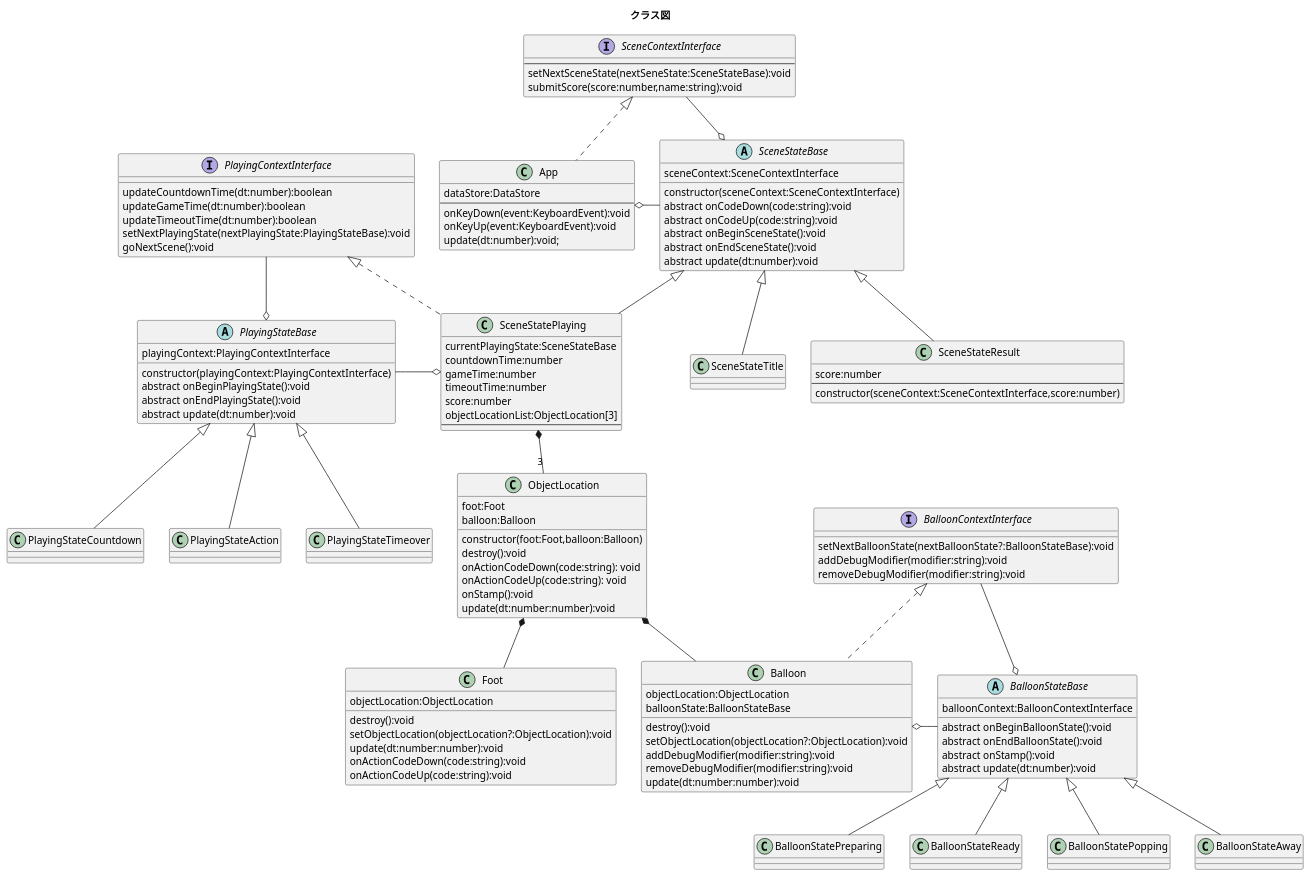
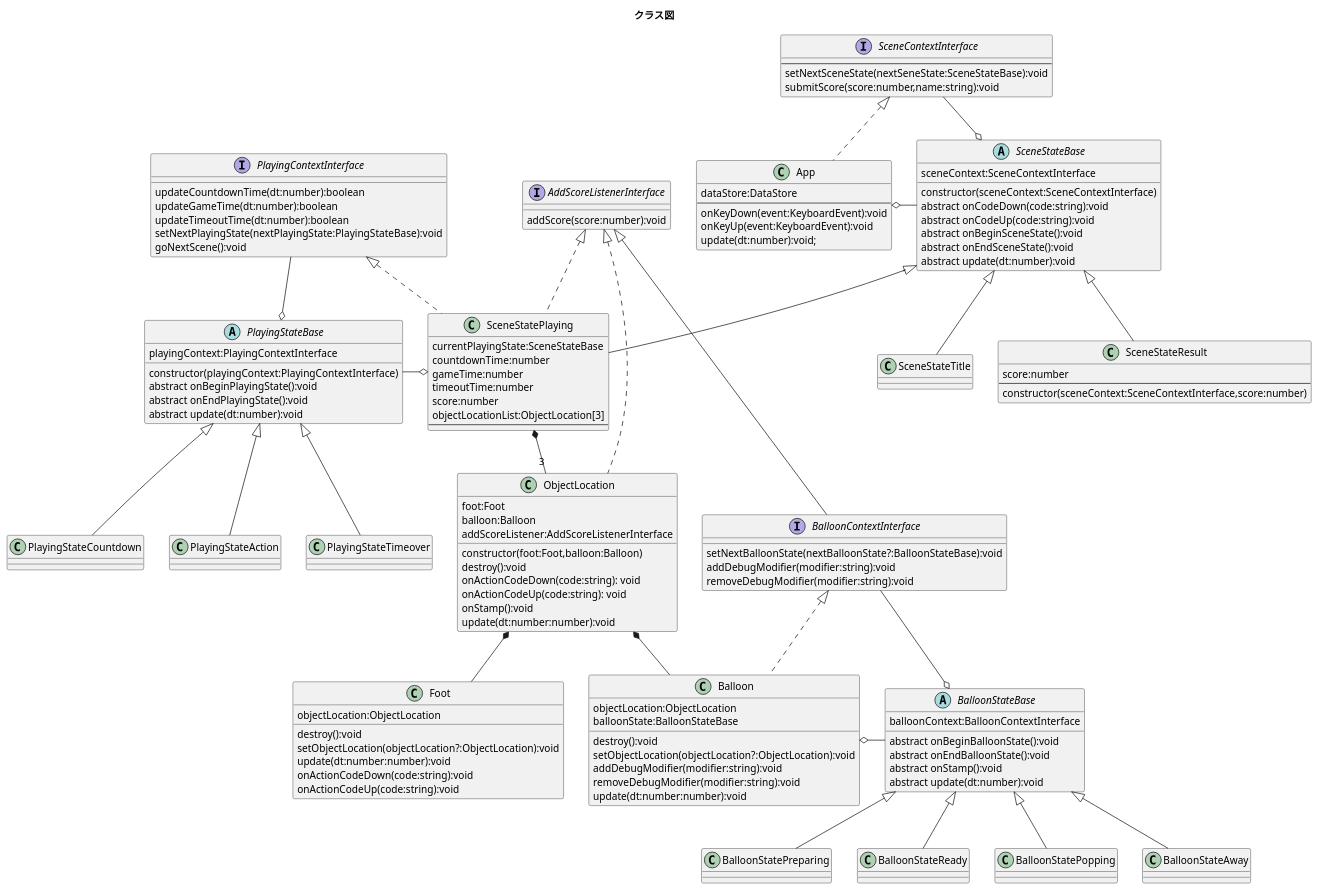
The diagram in uml/class-diagram.puml (novogrammer/balloon-popping-game), drawn with PlantUML before and after one commit. The commit also changed 7 other files, not shown here.

```diff
--- a/uml/class-diagram.puml
+++ b/uml/class-diagram.puml
@@ -1,151 +1,156 @@
 @startuml クラス図
 title クラス図
 
 abstract class BalloonStateBase{
   balloonContext:BalloonContextInterface
   abstract onBeginBalloonState():void
   abstract onEndBalloonState():void
   abstract onStamp():void
   abstract update(dt:number):void
 }
 class BalloonStatePreparing extends BalloonStateBase{
 
 }
 class BalloonStateReady extends BalloonStateBase{
 
 }
 class BalloonStatePopping extends BalloonStateBase{
 
 }
 class BalloonStateAway extends BalloonStateBase{
 
 }
 
 
-interface BalloonContextInterface{
+interface BalloonContextInterface extends AddScoreListenerInterface{
   setNextBalloonState(nextBalloonState?:BalloonStateBase):void
   addDebugModifier(modifier:string):void
   removeDebugModifier(modifier:string):void
 }
 
 
 
-class ObjectLocation{
+class ObjectLocation implements AddScoreListenerInterface{
   foot:Foot
   balloon:Balloon
+  addScoreListener:AddScoreListenerInterface
   constructor(foot:Foot,balloon:Balloon)
   destroy():void
   onActionCodeDown(code:string): void
   onActionCodeUp(code:string): void
   onStamp():void
   update(dt:number:number):void
 }
 
 class Foot{
   objectLocation:ObjectLocation
   destroy():void
   setObjectLocation(objectLocation?:ObjectLocation):void
   update(dt:number:number):void
   onActionCodeDown(code:string):void
   onActionCodeUp(code:string):void
+}
+
+interface AddScoreListenerInterface{
+  addScore(score:number):void
 }
 
 class Balloon implements BalloonContextInterface{
   objectLocation:ObjectLocation
   balloonState:BalloonStateBase
 
   destroy():void
   setObjectLocation(objectLocation?:ObjectLocation):void
   addDebugModifier(modifier:string):void
   removeDebugModifier(modifier:string):void
   update(dt:number:number):void
 }
 
 abstract class PlayingStateBase{
   playingContext:PlayingContextInterface
 
   constructor(playingContext:PlayingContextInterface)
   abstract onBeginPlayingState():void
   abstract onEndPlayingState():void
   abstract update(dt:number):void
 }
 
 class PlayingStateCountdown extends PlayingStateBase{
 
 }
 class PlayingStateAction extends PlayingStateBase{
 
 }
 
 class PlayingStateTimeover extends PlayingStateBase{
 
 }
 
 interface PlayingContextInterface{
   updateCountdownTime(dt:number):boolean
   updateGameTime(dt:number):boolean
   updateTimeoutTime(dt:number):boolean
   setNextPlayingState(nextPlayingState:PlayingStateBase):void
   goNextScene():void
 }
 
 abstract class SceneStateBase{
   sceneContext:SceneContextInterface
 
   constructor(sceneContext:SceneContextInterface)
   abstract onCodeDown(code:string):void
   abstract onCodeUp(code:string):void
   abstract onBeginSceneState():void
   abstract onEndSceneState():void
   abstract update(dt:number):void
 }
 
 class SceneStateTitle extends SceneStateBase{
 }
-class SceneStatePlaying extends SceneStateBase implements PlayingContextInterface{
+class SceneStatePlaying extends SceneStateBase implements PlayingContextInterface,AddScoreListenerInterface{
   currentPlayingState:SceneStateBase
   countdownTime:number
   gameTime:number
   timeoutTime:number
   score:number
   objectLocationList:ObjectLocation[3]
   --
 }
 class SceneStateResult extends SceneStateBase{
   score:number
   --
   constructor(sceneContext:SceneContextInterface,score:number)
 }
 
 
 interface SceneContextInterface{
   --
   setNextSceneState(nextSeneState:SceneStateBase):void
   submitScore(score:number,name:string):void
 }
 
 class App implements SceneContextInterface{
   dataStore:DataStore
   --
   onKeyDown(event:KeyboardEvent):void
   onKeyUp(event:KeyboardEvent):void
   update(dt:number):void;
 }
 
 
 SceneStateBase o-up- SceneContextInterface
 App o-right- SceneStateBase
 
 SceneStatePlaying *-- "3" ObjectLocation
 ObjectLocation *-- Foot
 ObjectLocation *-- Balloon
 
 
 BalloonStateBase o-up- BalloonContextInterface
 Balloon o-right- BalloonStateBase
 
 
 PlayingStateBase o-up- PlayingContextInterface
 SceneStatePlaying o-left- PlayingStateBase
 
 @enduml
```
